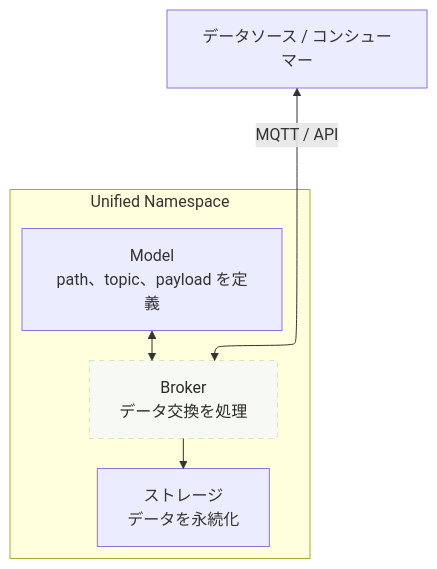
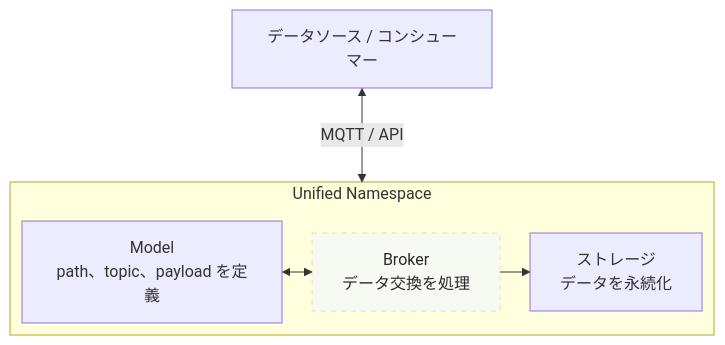
Before and after one commit to FREEZONEX/Tier0-docs-site: the first of 2 diagrams in src/content/docs/ja/using-tier0/factory-data-foundation.mdx, drawn with Mermaid. The commit also changed other lines of this file and 43 other files, not shown here.

````diff
--- a/src/content/docs/ja/using-tier0/factory-data-foundation.mdx
+++ b/src/content/docs/ja/using-tier0/factory-data-foundation.mdx
@@ -15,16 +17,16 @@
 ```mermaid
   %%{init: {"flowchart": {"defaultRenderer": "elk", "nodeSpacing": 32, "rankSpacing": 48, "diagramPadding": 8}}}%%
   flowchart TB
   source["データソース / コンシューマー"]
   subgraph UNS["Unified Namespace"]
       direction LR
       Model["Model<br/>path、topic、payload を定義"]
       Broker["Broker<br/>データ交換を処理"]
       Storage["ストレージ<br/>データを永続化"]
       Model <--> Broker
       Broker --> Storage
   end
-  source <-- "MQTT / API" --> Broker
+  source <-- "MQTT / API" --> UNS
   classDef broker fill:#F7FAF2,stroke:#D8E6B8,stroke-width:1px,color:#2A2A2A,stroke-dasharray:5 5
   class Broker broker
 ```
````
